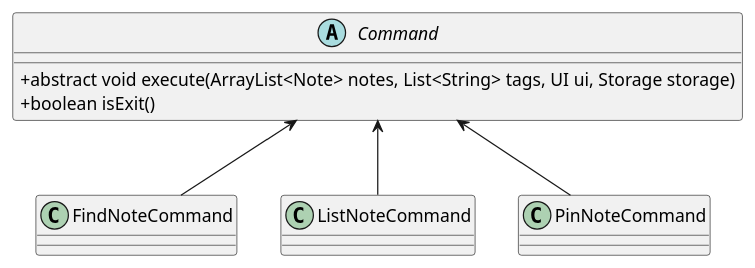
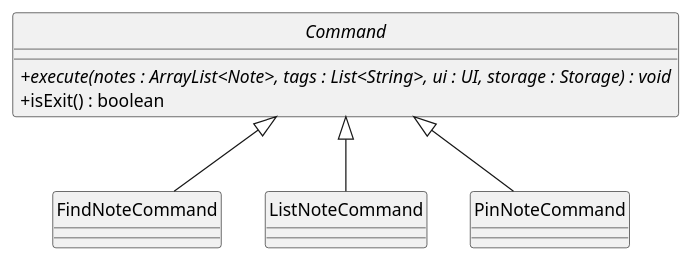
One commit to shauntsr/tp changed the diagram in docs/diagrams/NoteOrganisationCommands.puml. Above: the diagram before and after it, drawn with PlantUML. The commit also changed 10 other files, not shown here.

```diff
--- a/docs/diagrams/NoteOrganisationCommands.puml
+++ b/docs/diagrams/NoteOrganisationCommands.puml
@@ -1,17 +1,17 @@
 @startuml NoteOrganisationCommands
 skinparam classAttributeIconSize 0
-
+hide circle
 abstract class Command {
-    + abstract void execute(ArrayList<Note> notes, List<String> tags, UI ui, Storage storage) 
-    + boolean isExit()
+    + {abstract} execute(notes : ArrayList<Note>, tags : List<String>, ui : UI, storage : Storage) : void
+    + isExit() : boolean
 }
 
 class FindNoteCommand
 class ListNoteCommand
 class PinNoteCommand
 
 ' Inheritance
-FindNoteCommand -up-> Command
-PinNoteCommand -up-> Command
-ListNoteCommand -up-> Command
+FindNoteCommand -up-|> Command
+PinNoteCommand -up-|> Command
+ListNoteCommand -up-|> Command
 @enduml
```
